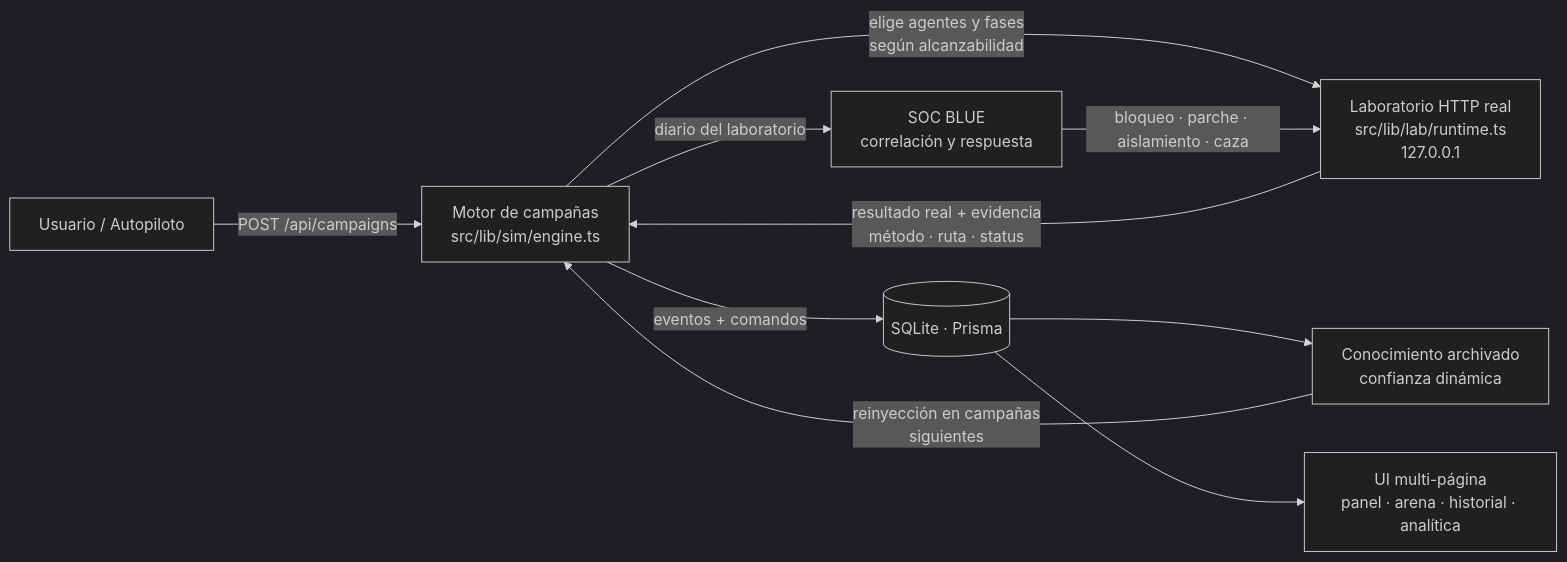
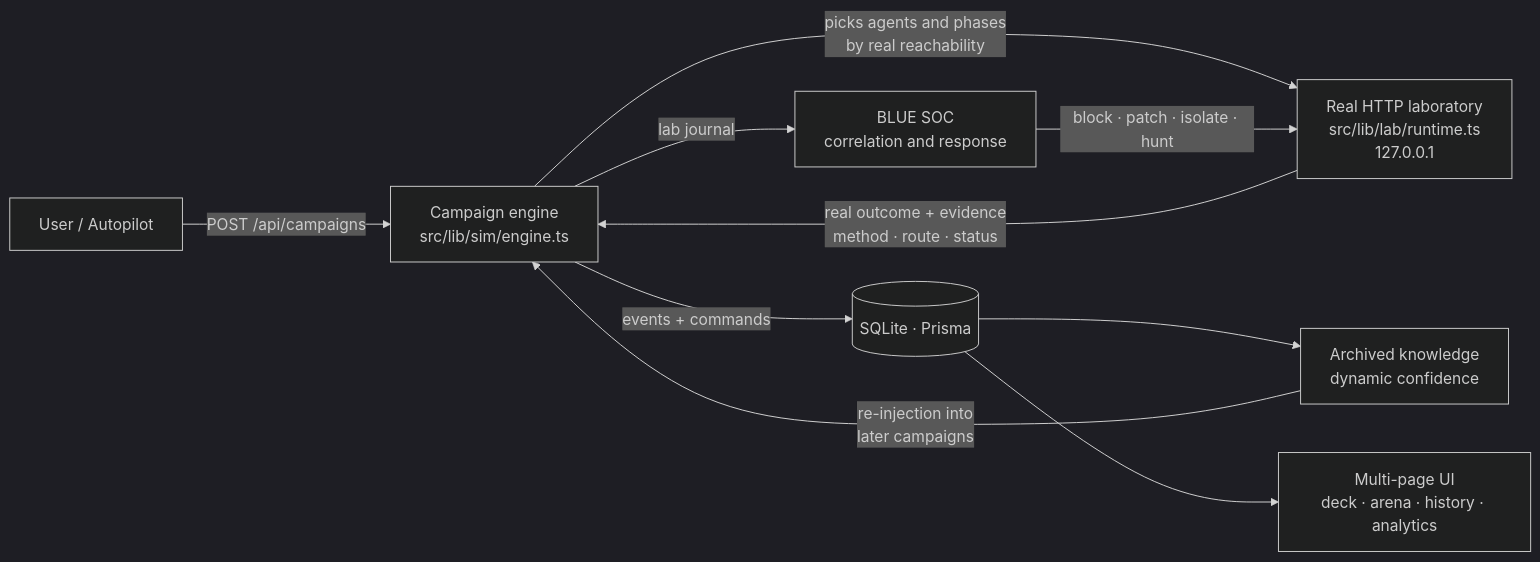
Before and after one commit to Ruby570bocadito/area-ai: the diagram in README.md, drawn with Mermaid (dark theme). The commit also changed other lines of this file and 2 other files, not shown here.

````diff
--- a/README.md
+++ b/README.md
@@ -51,12 +51,12 @@
 ```mermaid
 flowchart LR
-    U["Usuario / Autopiloto"] -->|"POST /api/campaigns"| M["Motor de campañas<br/>src/lib/sim/engine.ts"]
-    M -->|"elige agentes y fases<br/>según alcanzabilidad"| L["Laboratorio HTTP real<br/>src/lib/lab/runtime.ts<br/>127.0.0.1"]
-    L -->|"resultado real + evidencia<br/>método · ruta · status"| M
-    M -->|"diario del laboratorio"| S["SOC BLUE<br/>correlación y respuesta"]
-    S -->|"bloqueo · parche · aislamiento · caza"| L
-    M -->|"eventos + comandos"| D[("SQLite · Prisma")]
-    D --> K["Conocimiento archivado<br/>confianza dinámica"]
-    K -->|"reinyección en campañas<br/>siguientes"| M
-    D --> V["UI multi-página<br/>panel · arena · historial · analítica"]
+    U["User / Autopilot"] -->|"POST /api/campaigns"| M["Campaign engine<br/>src/lib/sim/engine.ts"]
+    M -->|"picks agents and phases<br/>by real reachability"| L["Real HTTP laboratory<br/>src/lib/lab/runtime.ts<br/>127.0.0.1"]
+    L -->|"real outcome + evidence<br/>method · route · status"| M
+    M -->|"lab journal"| S["BLUE SOC<br/>correlation and response"]
+    S -->|"block · patch · isolate · hunt"| L
+    M -->|"events + commands"| D[("SQLite · Prisma")]
+    D --> K["Archived knowledge<br/>dynamic confidence"]
+    K -->|"re-injection into<br/>later campaigns"| M
+    D --> V["Multi-page UI<br/>deck · arena · history · analytics"]
 ```
````
